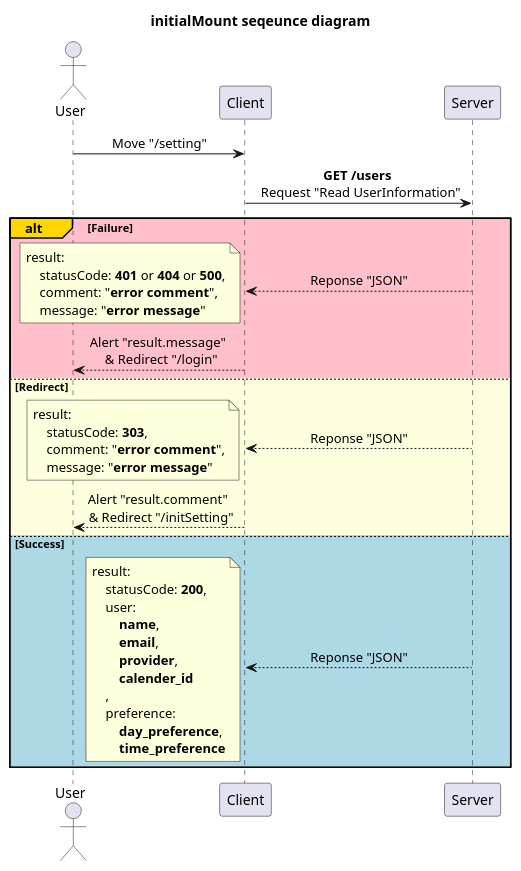
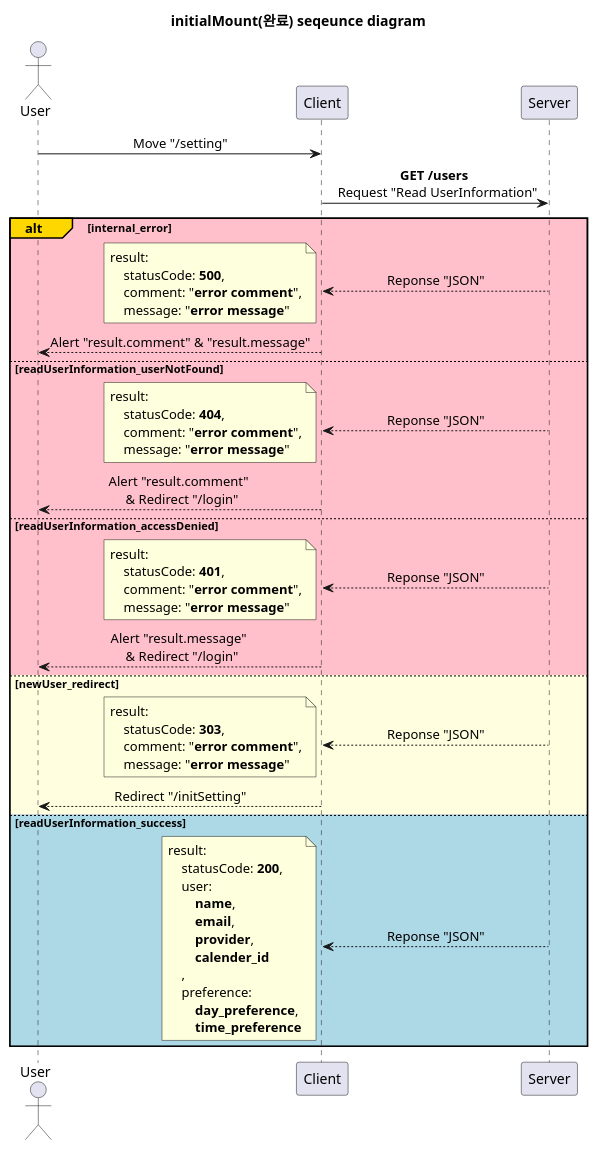
One commit to devSeungBin/SSCS changed the diagram in diagram/setting_page/initialMount.puml. Above: the diagram before and after it, drawn with PlantUML. The commit also changed 19 other files, not shown here.

```diff
--- a/diagram/setting_page/initialMount.puml
+++ b/diagram/setting_page/initialMount.puml
@@ -1,53 +1,73 @@
-@startuml initialMount
+@startuml initialMount(완료)
 'http://localhost:3000/setting
 
-title initialMount seqeunce diagram
+title initialMount(완료) seqeunce diagram
 
 skinparam SequenceMessageAlignment center
 
 participant Server order 30
 participant Client order 20
 actor User order 10
 
 User -> Client: Move "/setting"
 
 Client -> Server: **GET /users** \n Request "Read UserInformation"
 
-alt#Gold #Pink Failure
+alt#Gold #Pink internal_error
     Client <-- Server: Reponse "JSON"
     note left
         result:
-            statusCode: **401** or **404** or **500**,
+            statusCode: **500**,
+            comment: "**error comment**",
+            message: "**error message**"
+    end note
+    User <-- Client: Alert "result.comment" & "result.message"
+
+else #Pink readUserInformation_userNotFound
+    Client <-- Server: Reponse "JSON"
+    note left
+        result:
+            statusCode: **404**,
+            comment: "**error comment**",
+            message: "**error message**"
+    end note
+    User <-- Client: Alert "result.comment" \n & Redirect "/login"
+
+else #Pink readUserInformation_accessDenied
+    Client <-- Server: Reponse "JSON"
+    note left
+        result:
+            statusCode: **401**,
             comment: "**error comment**",
             message: "**error message**"
     end note
     User <-- Client: Alert "result.message" \n & Redirect "/login"
 
-else #LightYellow Redirect
+else #LightYellow newUser_redirect
     Client <-- Server: Reponse "JSON"
     note left
         result:
             statusCode: **303**,
             comment: "**error comment**",
             message: "**error message**"
     end note
-    User <-- Client: Alert "result.comment" \n & Redirect "/initSetting"
+    User <-- Client: Redirect "/initSetting"
 
-else #LightBlue Success
+else #LightBlue readUserInformation_success
     Client <-- Server: Reponse "JSON"
     note left
         result:
             statusCode: **200**,
             user:
                 **name**,
                 **email**,
                 **provider**,
                 **calender_id**
             ,
             preference:
                 **day_preference**,
                 **time_preference**
     end note
 end
 
 @enduml
```
